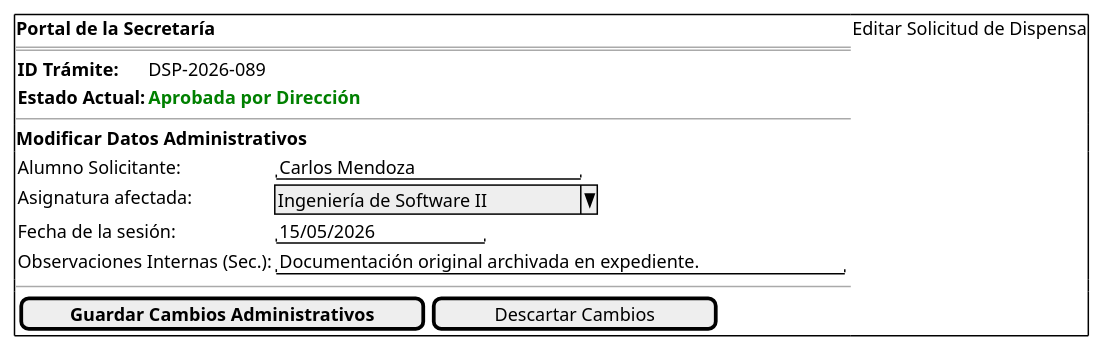
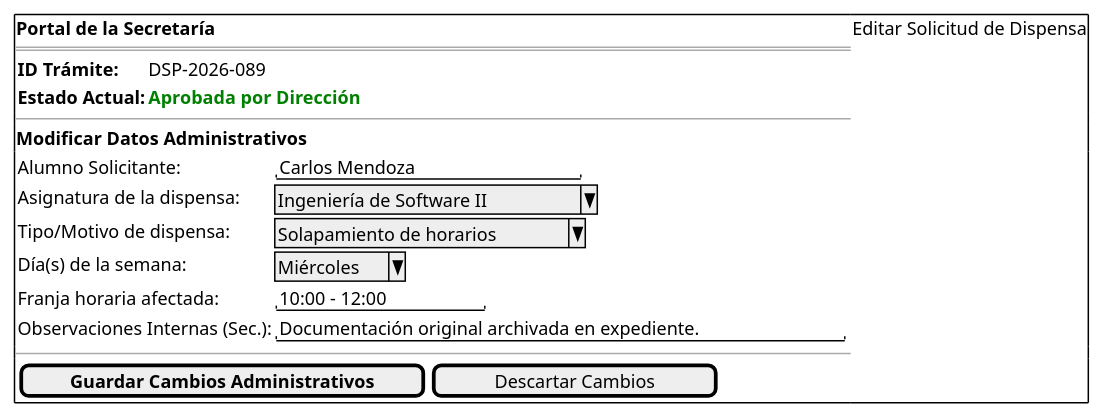
Before and after one commit to enmabry/25-26-IdSw1-SdR: the diagram in documents/CasosDeUso/Prototipos/Secretaria/editarSolicitudDispensa.puml, drawn with PlantUML. The commit also changed 43 other files, not shown here.

```diff
--- a/documents/CasosDeUso/Prototipos/Secretaria/editarSolicitudDispensa.puml
+++ b/documents/CasosDeUso/Prototipos/Secretaria/editarSolicitudDispensa.puml
@@ -1,22 +1,24 @@
 @startsalt
 {+
   <b>Portal de la Secretaría | Editar Solicitud de Dispensa
   ==
   {
     <b>ID Trámite: | DSP-2026-089
     <b>Estado Actual: | <b><color:green>Aprobada por Dirección</color>
   }
   --
   <b>Modificar Datos Administrativos
   {
     Alumno Solicitante: | "Carlos Mendoza           "
-    Asignatura afectada: | ^Ingeniería de Software II^
-    Fecha de la sesión:  | "15/05/2026       "
+    Asignatura de la dispensa: | ^Ingeniería de Software II^
+    Tipo/Motivo de dispensa:   | ^Solapamiento de horarios^
+    Día(s) de la semana:       | ^Miércoles^
+    Franja horaria afectada:   | "10:00 - 12:00    "
     Observaciones Internas (Sec.): | "Documentación original archivada en expediente."
   }
   --
   {
     [ <b>Guardar Cambios Administrativos</b> ] | [   Descartar Cambios   ]
   }
 }
 @endsalt
```
